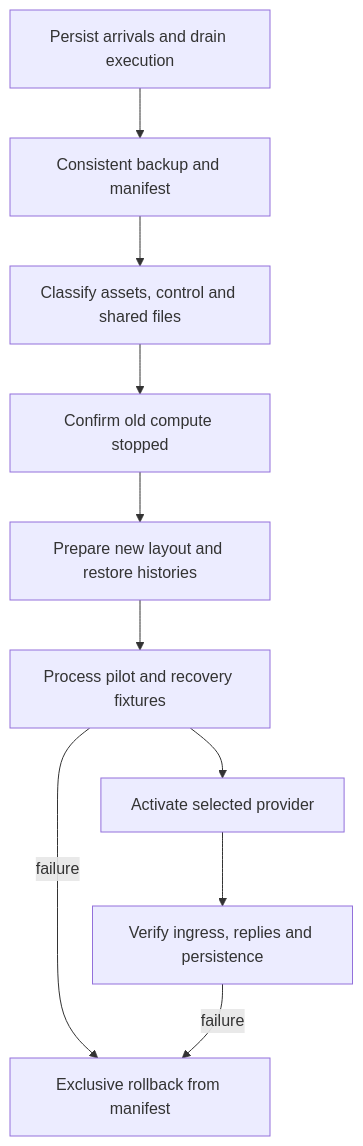
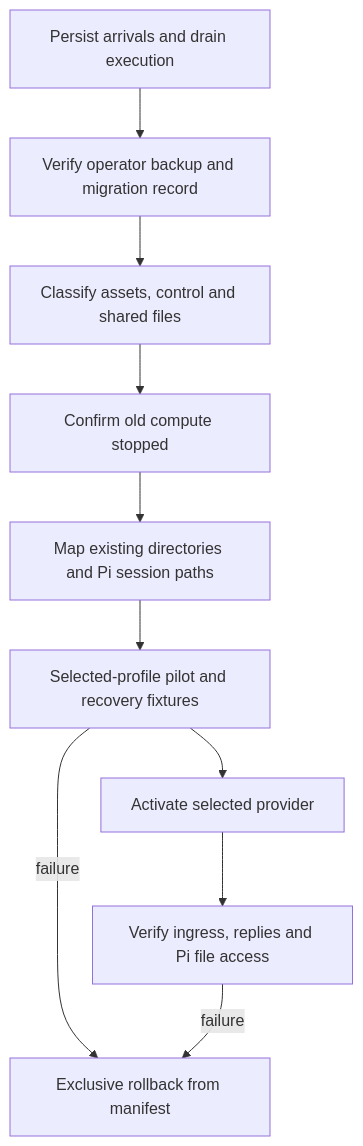
Before and after one commit to cognisphere-sh/cognisphere-harness: the diagram in docs/plans/07-protection-and-cutover.md, drawn with Mermaid. The commit also changed other lines of this file and 19 other files, not shown here.

First line of the commit message:
Update core implementation roadmap with revised delivery order and agent configuration details

````diff
--- a/docs/plans/07-protection-and-cutover.md
+++ b/docs/plans/07-protection-and-cutover.md
@@ -23,12 +31,12 @@
 ```mermaid
 flowchart TB
-    Drain[Persist arrivals and drain execution] --> Backup[Consistent backup and manifest]
+    Drain[Persist arrivals and drain execution] --> Backup[Verify operator backup and migration record]
     Backup --> Classify[Classify assets, control and shared files]
     Classify --> Stop[Confirm old compute stopped]
-    Stop --> Move[Prepare new layout and restore histories]
-    Move --> Verify[Process pilot and recovery fixtures]
+    Stop --> Move[Map existing directories and Pi session paths]
+    Move --> Verify[Selected-profile pilot and recovery fixtures]
     Verify --> Activate[Activate selected provider]
-    Activate --> Observe[Verify ingress, replies and persistence]
+    Activate --> Observe[Verify ingress, replies and Pi file access]
     Verify -->|failure| Rollback[Exclusive rollback from manifest]
     Observe -->|failure| Rollback
 ```
````
